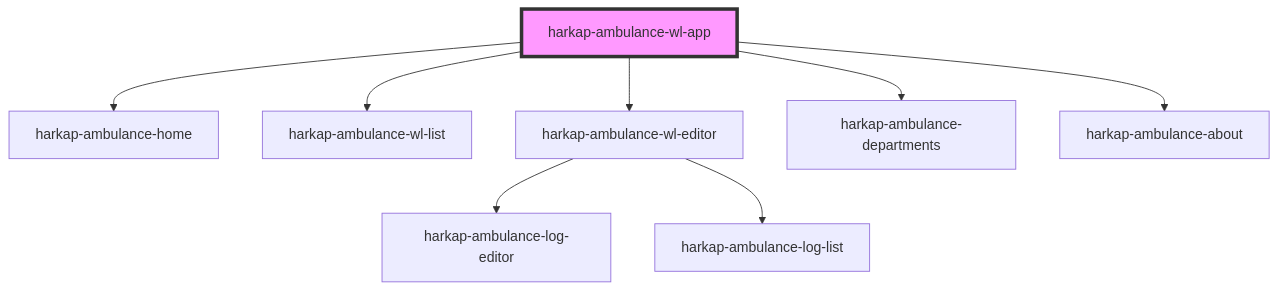
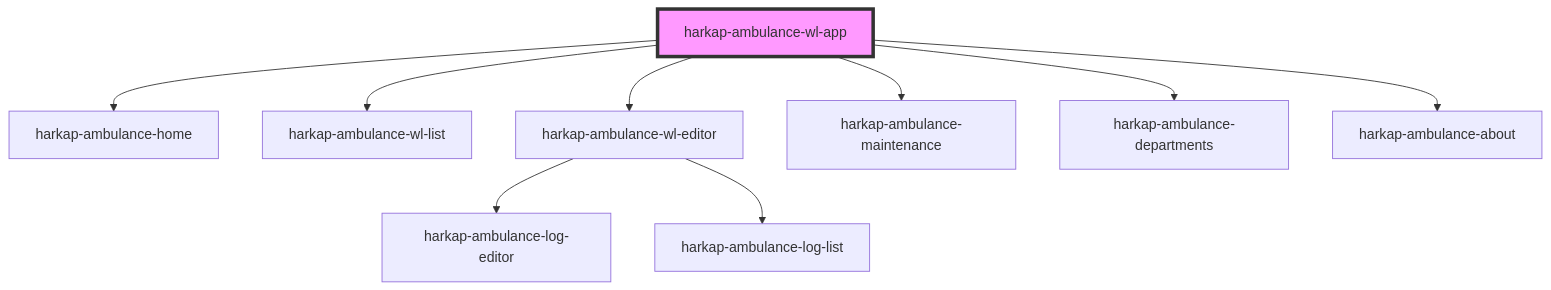
The diagram in wac-ufe/src/components/harkap-ambulance-wl-app/readme.md (AkosKappel/wac), drawn with Mermaid before and after one commit. The commit also changed other lines of this file and 23 other files, not shown here.

````diff
--- a/wac-ufe/src/components/harkap-ambulance-wl-app/readme.md
+++ b/wac-ufe/src/components/harkap-ambulance-wl-app/readme.md
@@ -27,11 +28,12 @@
 ```mermaid
 graph TD;
   harkap-ambulance-wl-app --> harkap-ambulance-home
   harkap-ambulance-wl-app --> harkap-ambulance-wl-list
   harkap-ambulance-wl-app --> harkap-ambulance-wl-editor
+  harkap-ambulance-wl-app --> harkap-ambulance-maintenance
   harkap-ambulance-wl-app --> harkap-ambulance-departments
   harkap-ambulance-wl-app --> harkap-ambulance-about
   harkap-ambulance-wl-editor --> harkap-ambulance-log-editor
   harkap-ambulance-wl-editor --> harkap-ambulance-log-list
   style harkap-ambulance-wl-app fill:#f9f,stroke:#333,stroke-width:4px
 ```
````
